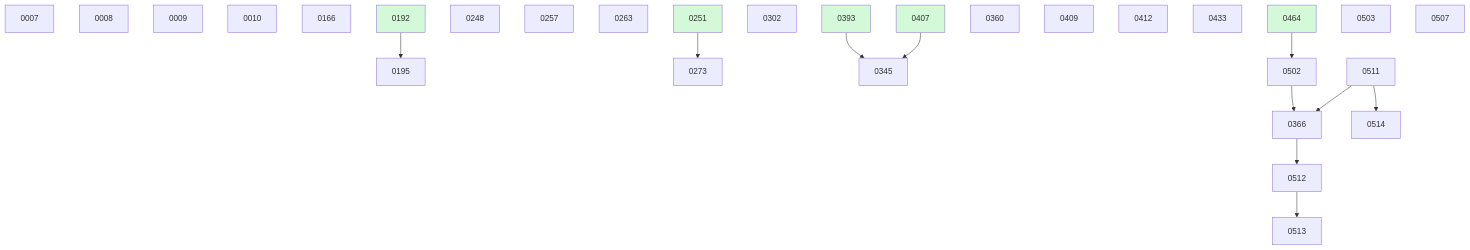
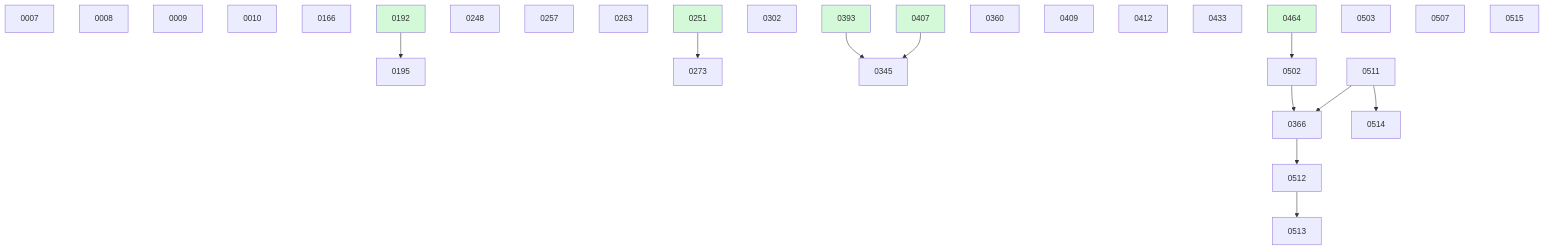
One commit to danielhanold/docket changed the diagram in docs/changes/BOARD.md. Above: the diagram before and after it, drawn with Mermaid. The commit also changed other lines of this file and 1 other file, not shown here.

````diff
--- a/docs/changes/BOARD.md
+++ b/docs/changes/BOARD.md
@@ -49,35 +50,36 @@
 ```mermaid
 graph TD
   0007
   0008
   0009
   0010
   0166
   0192 --> 0195
   0248
   0257
   0263
   0251 --> 0273
   0302
   0393 --> 0345
   0407 --> 0345
   0360
   0502 --> 0366
   0511 --> 0366
   0409
   0412
   0433
   0464 --> 0502
   0503
   0507
   0511
   0366 --> 0512
   0512 --> 0513
   0511 --> 0514
+  0515
   0192:::done
   0251:::done
   0393:::done
   0407:::done
   0464:::done
   classDef done fill:#d3f9d8;
 ```
````
